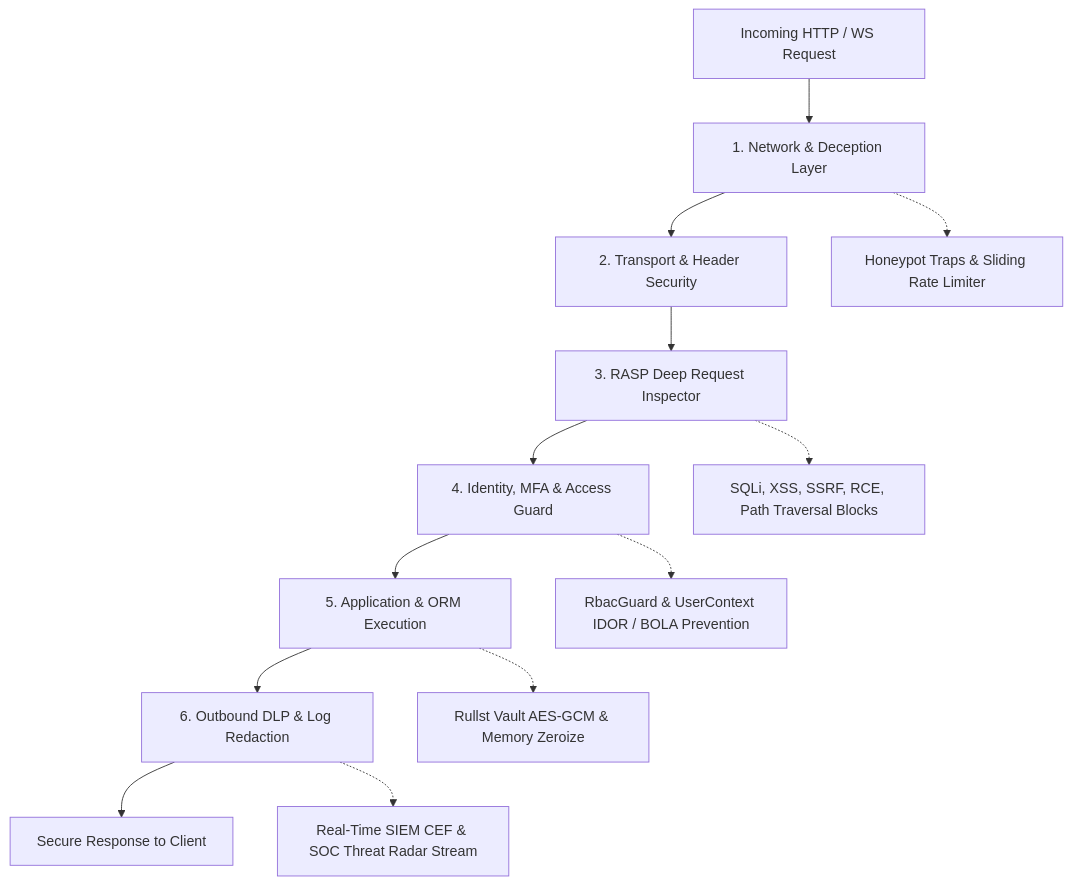
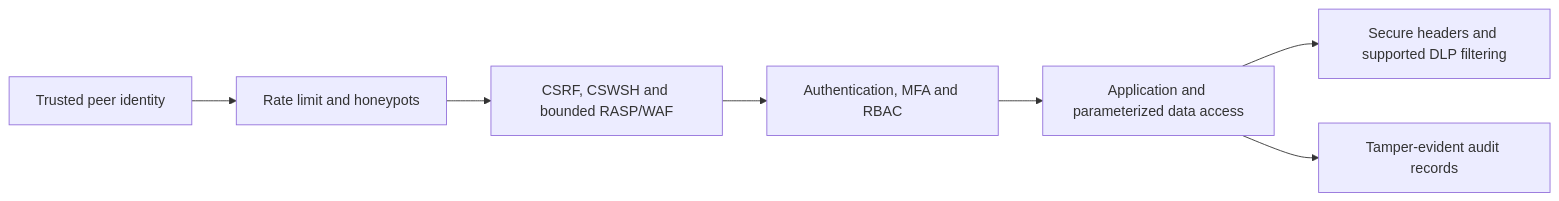
One commit to Rullst/Rullst changed the diagram in docs/src/security-architecture.md. Above: the diagram before and after it, drawn with Mermaid. The commit also changed other lines of this file and 195 other files, not shown here.

````diff
--- a/docs/src/security-architecture.md
+++ b/docs/src/security-architecture.md
@@ -11,16 +14,9 @@
 ```mermaid
-graph TD
-    Client[Incoming HTTP / WS Request] --> Network[1. Network & Deception Layer]
-    Network --> Transport[2. Transport & Header Security]
-    Transport --> RASP[3. RASP Deep Request Inspector]
-    RASP --> Auth[4. Identity, MFA & Access Guard]
-    Auth --> App[5. Application & ORM Execution]
-    App --> DLP[6. Outbound DLP & Log Redaction]
-    DLP --> ClientOut[Secure Response to Client]
-
-    Network -.-> Honey[Honeypot Traps & Sliding Rate Limiter]
-    RASP -.-> WAF[SQLi, XSS, SSRF, RCE, Path Traversal Blocks]
-    Auth -.-> RBAC[RbacGuard & UserContext IDOR / BOLA Prevention]
-    App -.-> Vault[Rullst Vault AES-GCM & Memory Zeroize]
-    DLP -.-> SIEM[Real-Time SIEM CEF & SOC Threat Radar Stream]
+flowchart LR
+    Peer[Trusted peer identity] --> Edge[Rate limit and honeypots]
+    Edge --> Request[CSRF, CSWSH and bounded RASP/WAF]
+    Request --> Identity[Authentication, MFA and RBAC]
+    Identity --> App[Application and parameterized data access]
+    App --> Response[Secure headers and supported DLP filtering]
+    App --> Audit[Tamper-evident audit records]
 ```
````
